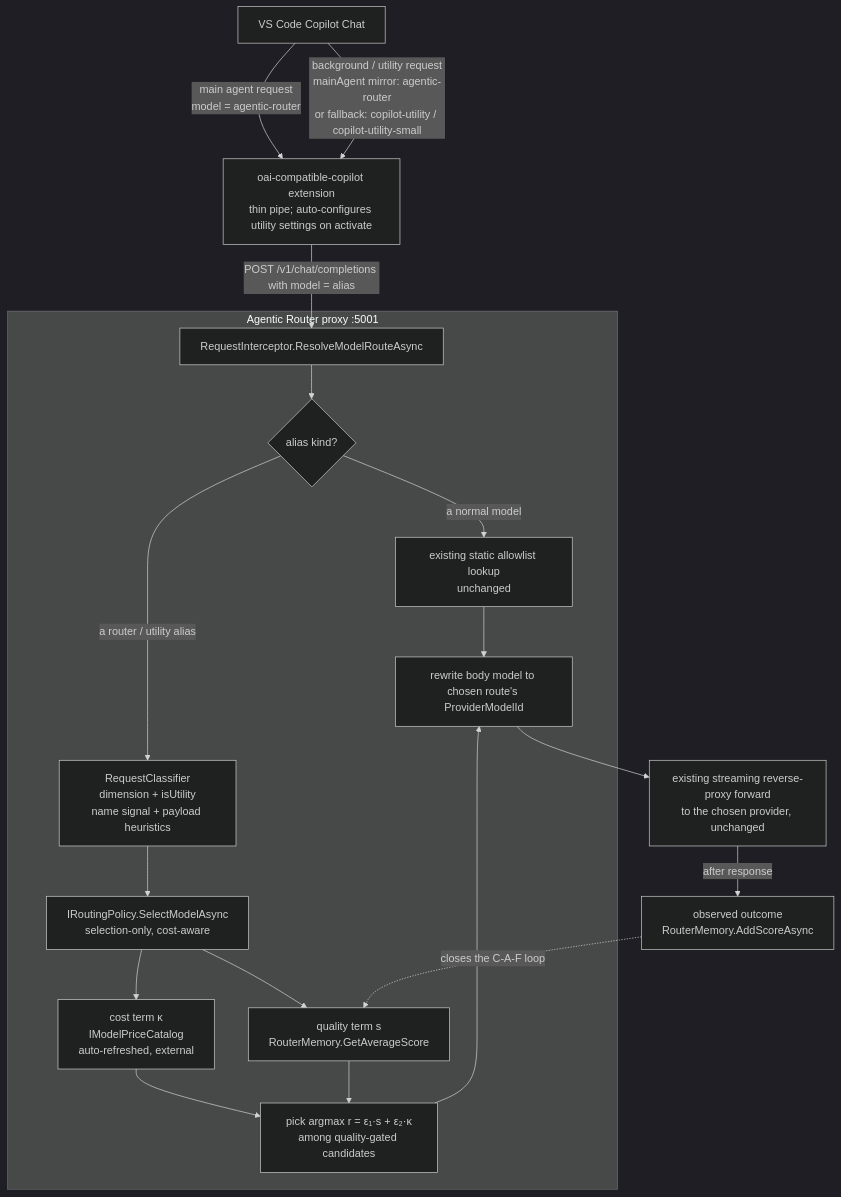
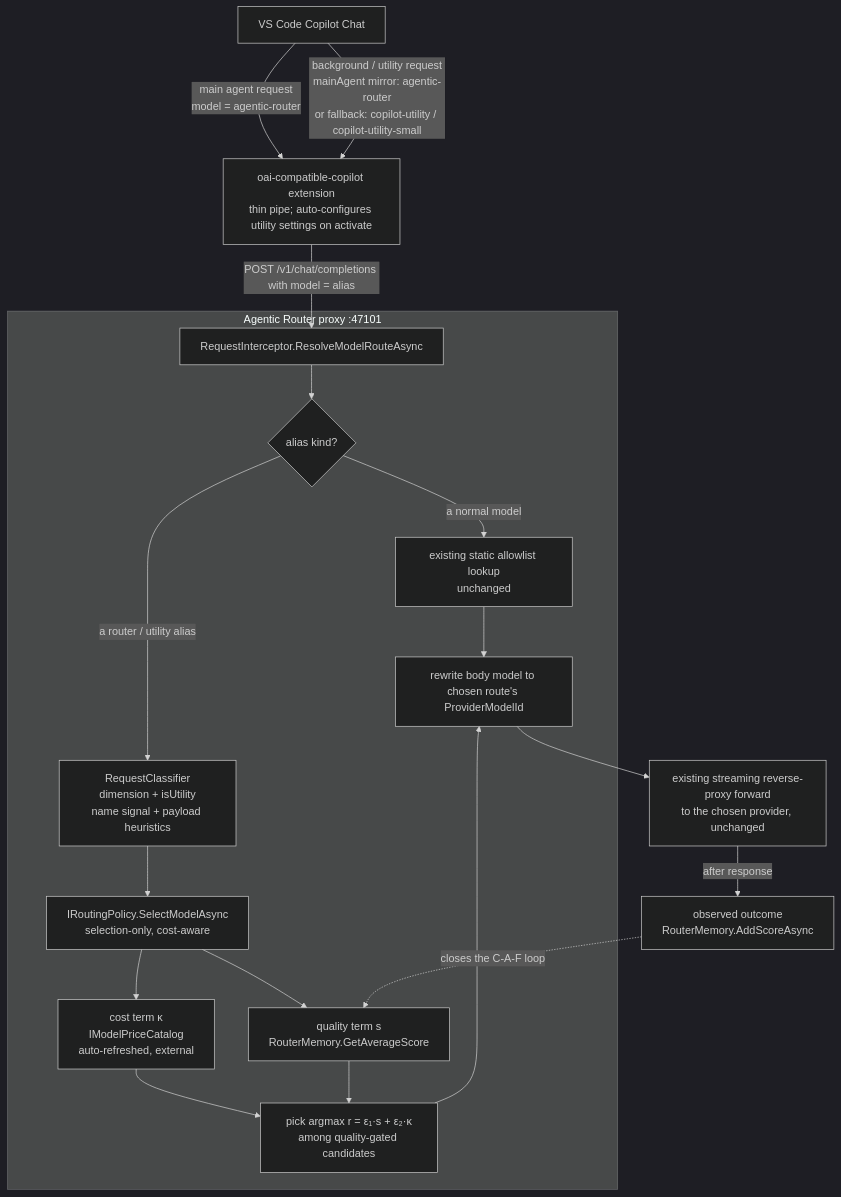
Before and after one commit to davidpizon/TotallyHot-ArcRouter: the diagram in docs/router/utility-model-routing.md, drawn with Mermaid (dark theme). The commit also changed other lines of this file and 44 other files, not shown here.

````diff
--- a/docs/router/utility-model-routing.md
+++ b/docs/router/utility-model-routing.md
@@ -122,38 +122,38 @@
 ```mermaid
 flowchart TD
     VSC["VS Code Copilot Chat"]
     EXT["oai-compatible-copilot extension<br/>thin pipe; auto-configures utility settings on activate"]
 
     VSC -->|"main agent request<br/>model = agentic-router"| EXT
     VSC -->|"background / utility request<br/>mainAgent mirror: agentic-router<br/>or fallback: copilot-utility / copilot-utility-small"| EXT
     EXT -->|"POST /v1/chat/completions with model = alias"| RI
 
-    subgraph PROXY["Agentic Router proxy :5001"]
+    subgraph PROXY["Agentic Router proxy :47101"]
         RI["RequestInterceptor.ResolveModelRouteAsync"]
         DEC{"alias kind?"}
         STATIC["existing static allowlist lookup<br/>unchanged"]
         CLS["RequestClassifier<br/>dimension + isUtility<br/>name signal + payload heuristics"]
         POL["IRoutingPolicy.SelectModelAsync<br/>selection-only, cost-aware"]
         COST["cost term κ<br/>IModelPriceCatalog<br/>auto-refreshed, external"]
         QUAL["quality term s<br/>RouterMemory.GetAverageScore"]
         PICK["pick argmax r = ε₁·s + ε₂·κ<br/>among quality-gated candidates"]
         RW["rewrite body model to chosen route's ProviderModelId"]
     end
 
     FWD["existing streaming reverse-proxy forward<br/>to the chosen provider, unchanged"]
     OBS["observed outcome<br/>RouterMemory.AddScoreAsync"]
 
     RI --> DEC
     DEC -->|"a normal model"| STATIC
     DEC -->|"a router / utility alias"| CLS
     CLS --> POL
     POL --> COST
     POL --> QUAL
     COST --> PICK
     QUAL --> PICK
     PICK --> RW
     STATIC --> RW
     RW --> FWD
     FWD -->|"after response"| OBS
     OBS -.->|"closes the C-A-F loop"| QUAL
 ```
````
